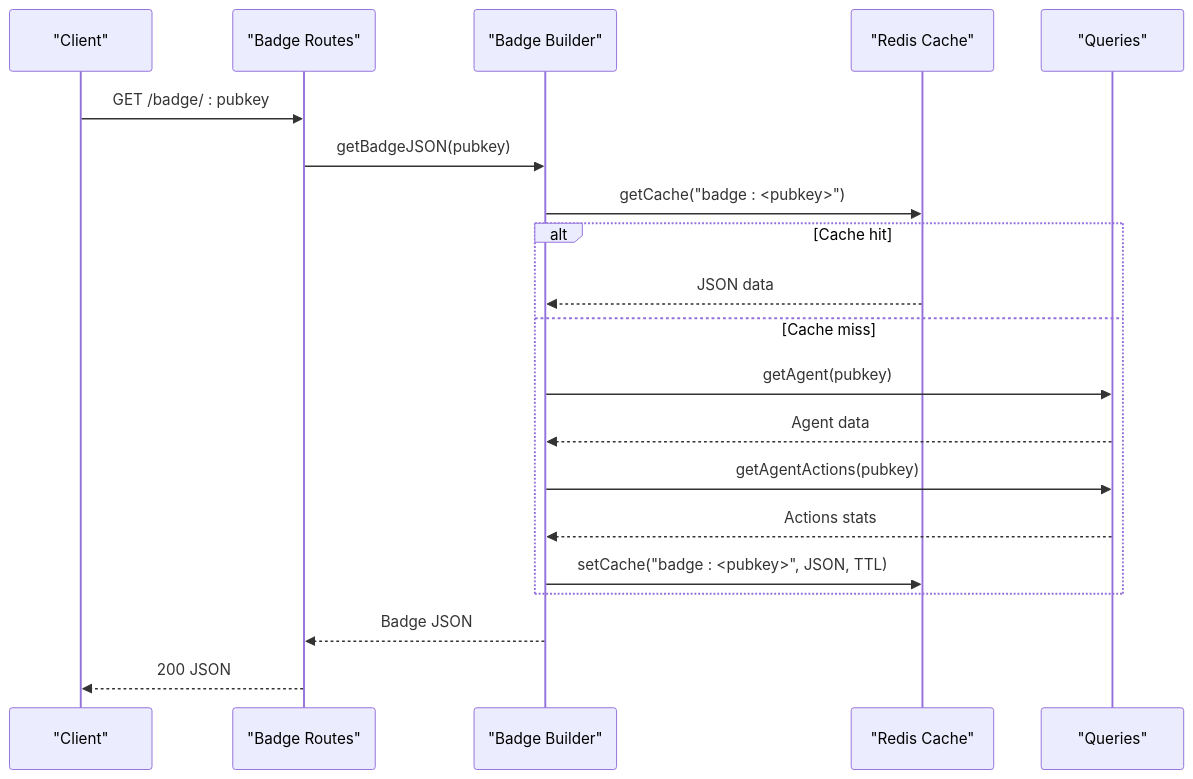
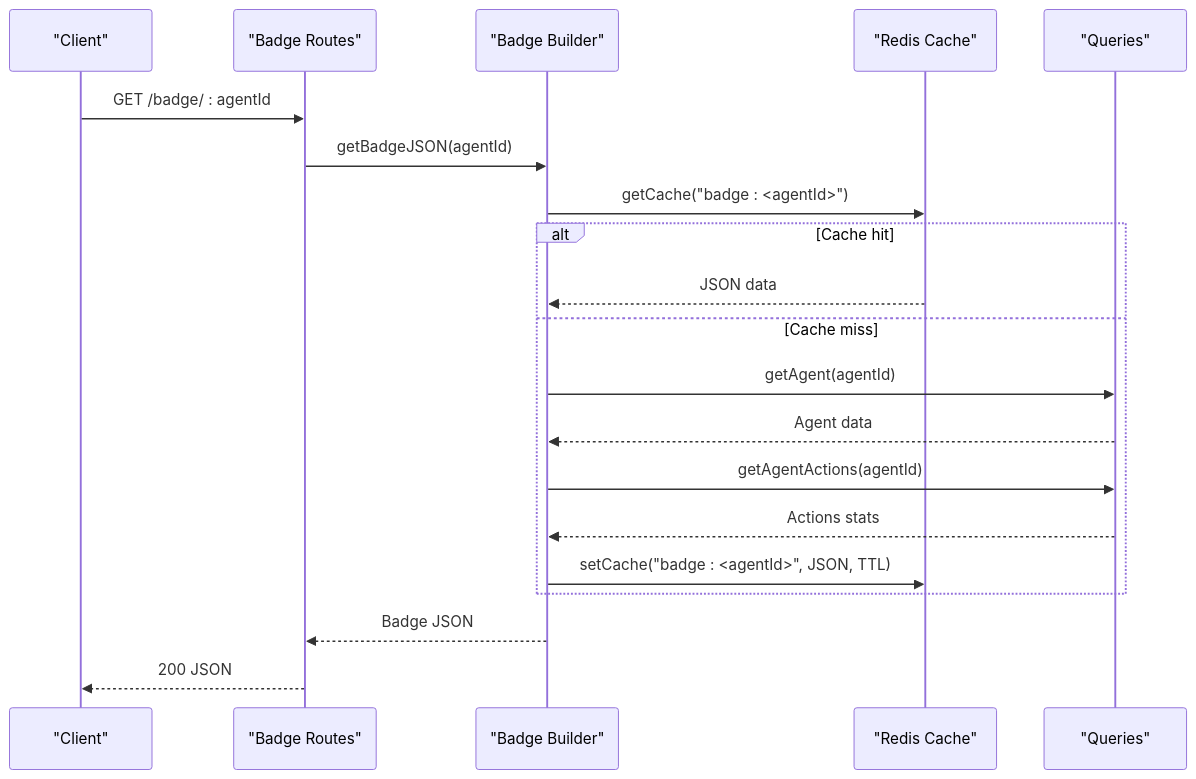
The second of 6 diagrams in .qoder/repowiki/en/content/Service Layer/Badge Services.md (RunTimeAdmin/AgentID), drawn with Mermaid before and after one commit. The commit also changed other lines of this file and 31 other files, not shown here.

````diff
--- a/.qoder/repowiki/en/content/Service Layer/Badge Services.md
+++ b/.qoder/repowiki/en/content/Service Layer/Badge Services.md
@@ -115,22 +121,22 @@
 ```mermaid
 sequenceDiagram
 participant Client as "Client"
 participant Route as "Badge Routes"
 participant Builder as "Badge Builder"
 participant Cache as "Redis Cache"
 participant DB as "Queries"
-Client->>Route : GET /badge/ : pubkey
-Route->>Builder : getBadgeJSON(pubkey)
-Builder->>Cache : getCache("badge : <pubkey>")
+Client->>Route : GET /badge/ : agentId
+Route->>Builder : getBadgeJSON(agentId)
+Builder->>Cache : getCache("badge : <agentId>")
 alt Cache hit
 Cache-->>Builder : JSON data
 else Cache miss
-Builder->>DB : getAgent(pubkey)
+Builder->>DB : getAgent(agentId)
 DB-->>Builder : Agent data
-Builder->>DB : getAgentActions(pubkey)
+Builder->>DB : getAgentActions(agentId)
 DB-->>Builder : Actions stats
-Builder->>Cache : setCache("badge : <pubkey>", JSON, TTL)
+Builder->>Cache : setCache("badge : <agentId>", JSON, TTL)
 end
 Builder-->>Route : Badge JSON
 Route-->>Client : 200 JSON
 ```
````
